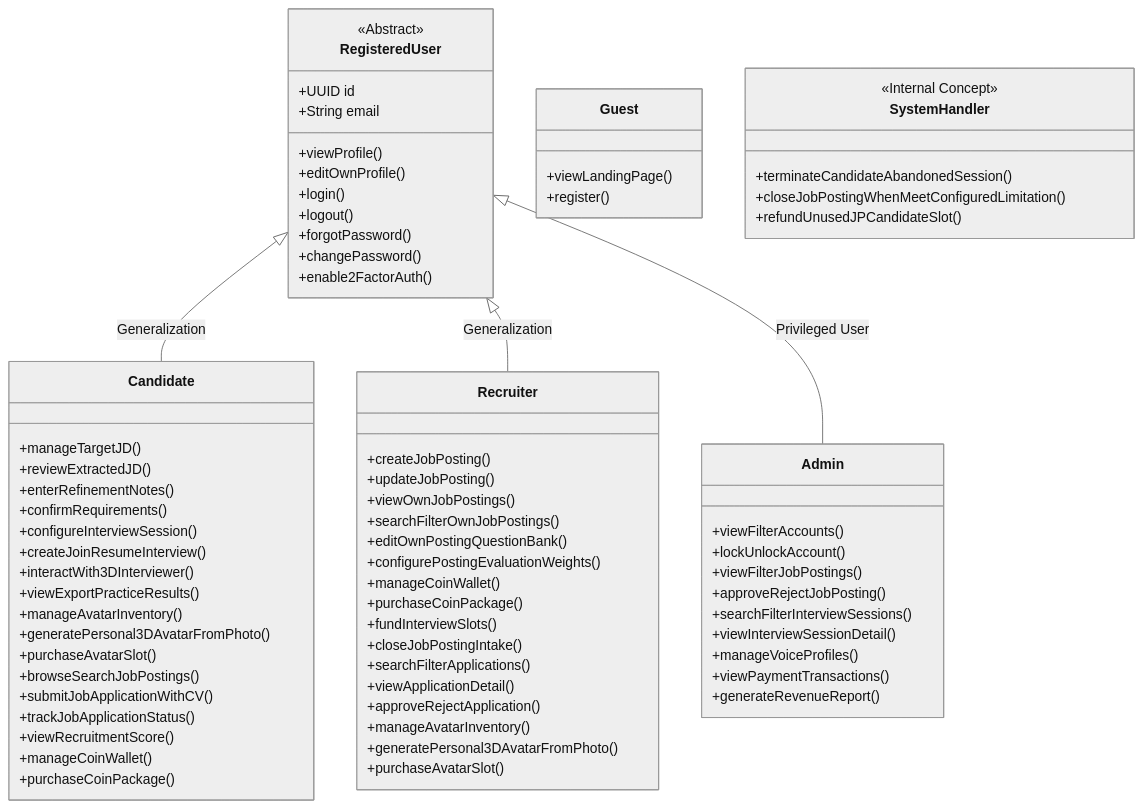
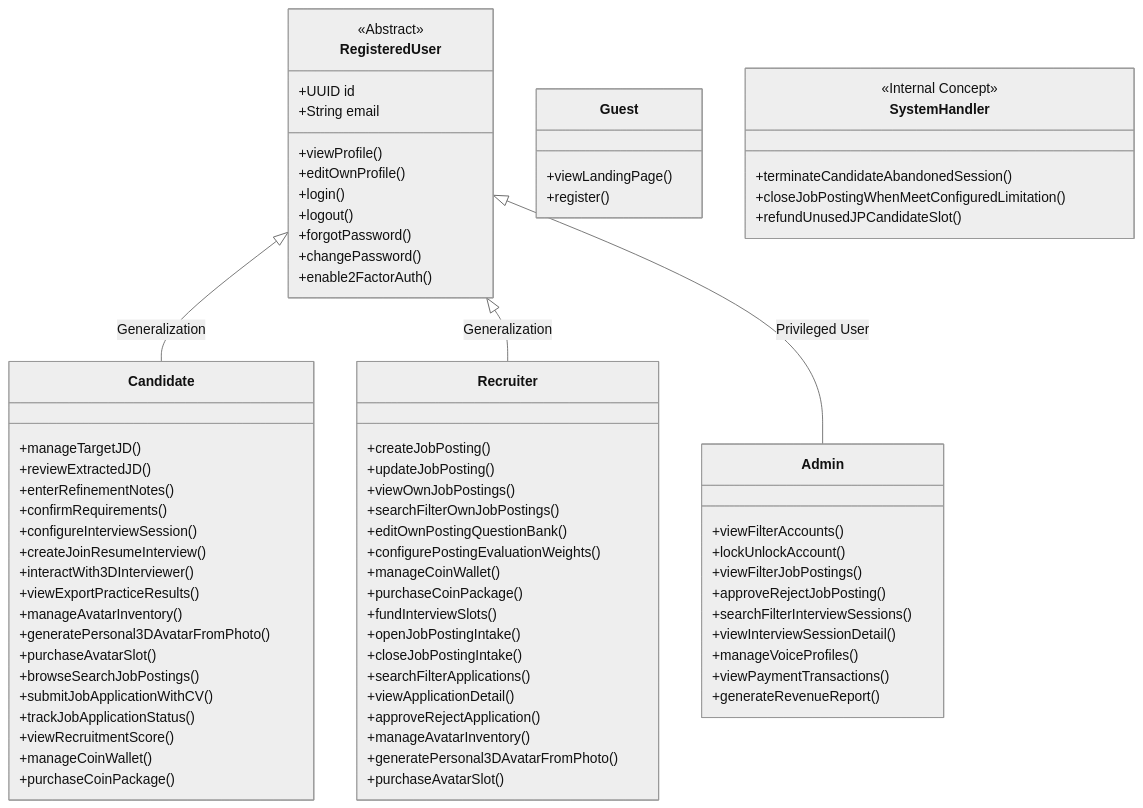
One commit to cog-forge/role-cue-brain changed the diagram in 00_Project/Actors-and-Capabilities.md. Above: the diagram before and after it, drawn with Mermaid (neutral theme). The commit also changed other lines of this file and 14 other files, not shown here.

```diff
--- a/00_Project/Actors-and-Capabilities.md
+++ b/00_Project/Actors-and-Capabilities.md
@@ -70,6 +70,7 @@
         +manageCoinWallet()
         +purchaseCoinPackage()
         +fundInterviewSlots()
+        +openJobPostingIntake()
         +closeJobPostingIntake()
         +searchFilterApplications()
         +viewApplicationDetail()
```
